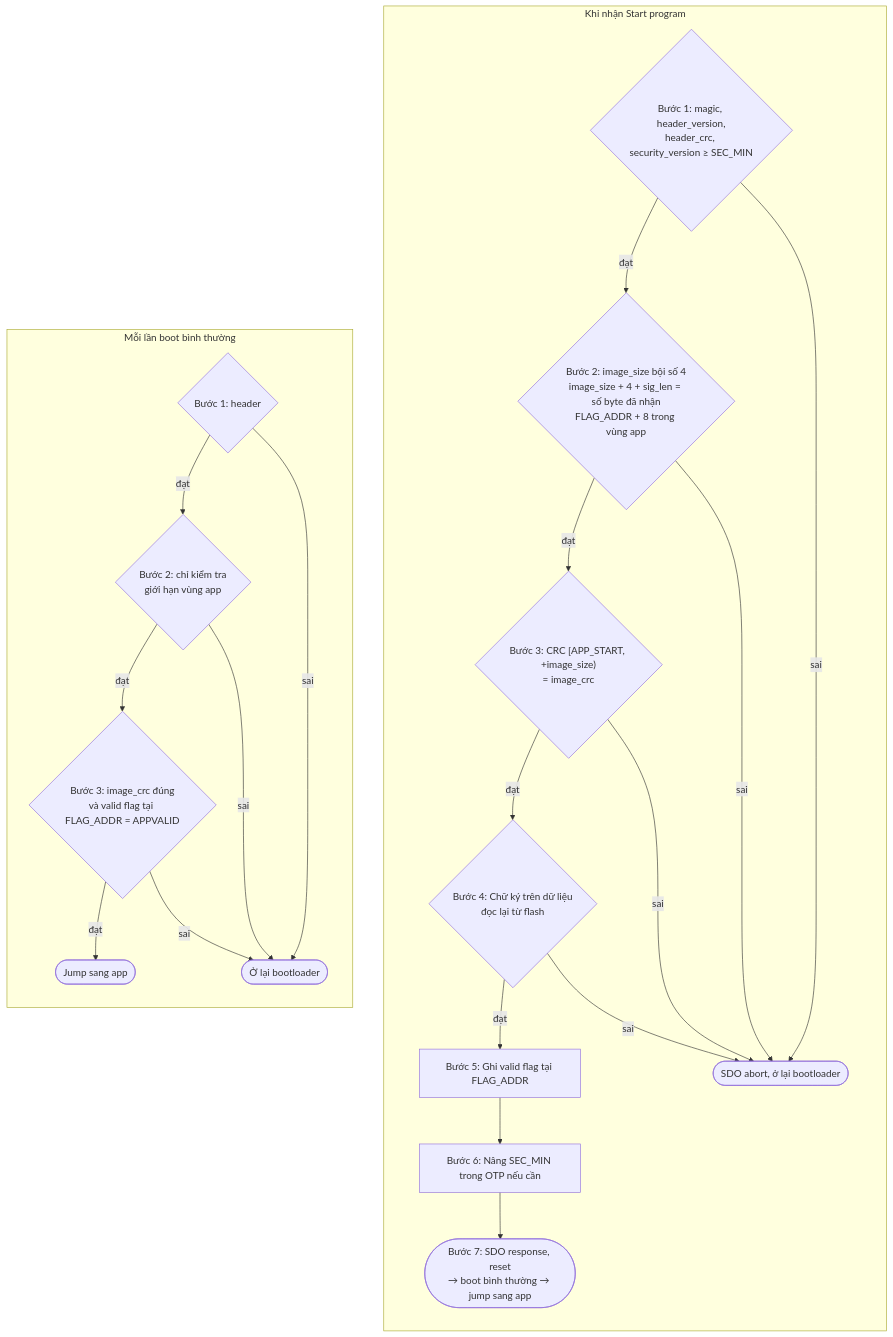
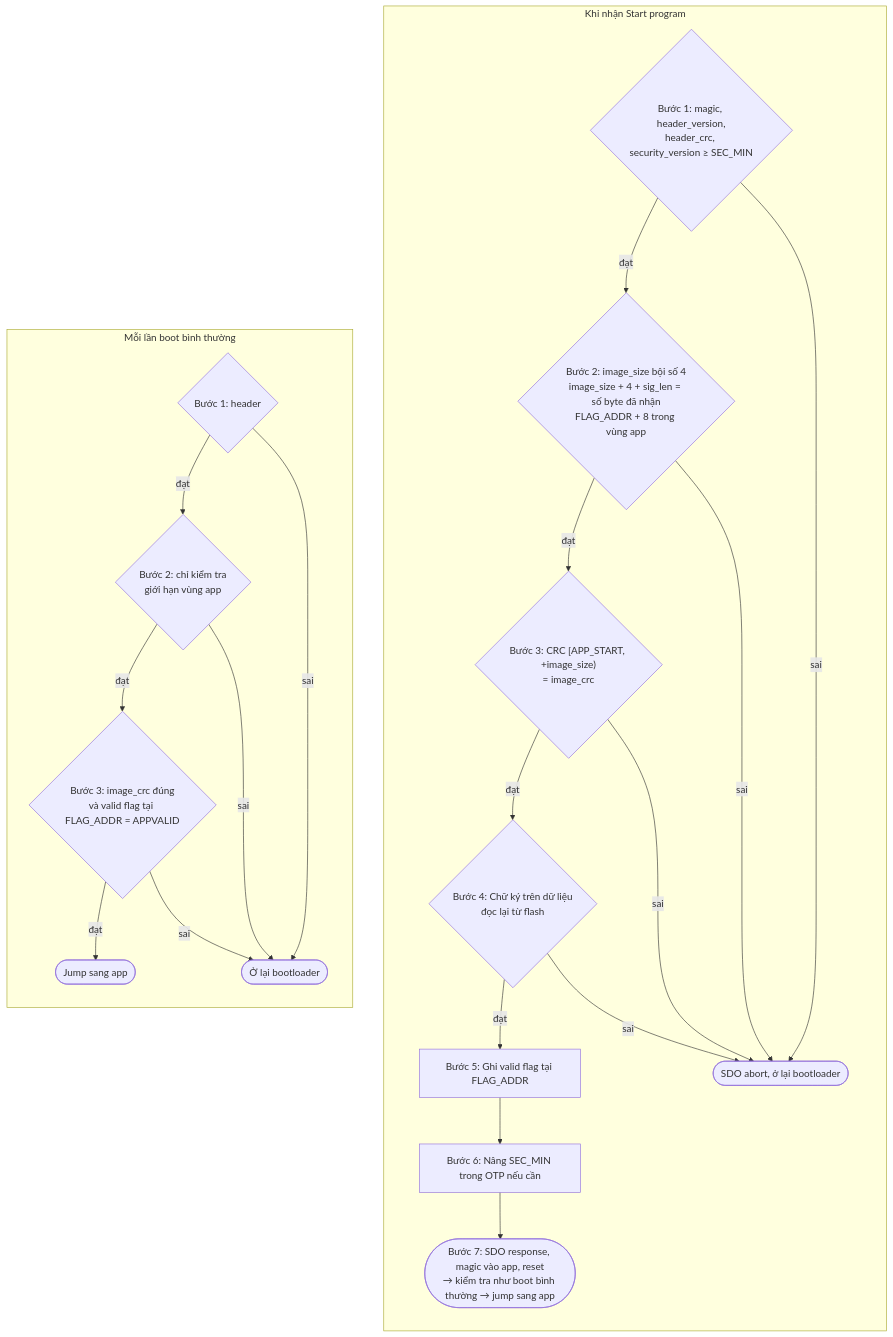
Before and after one commit to linh97abc/stm32_canopen_bootloader: the fifth of 5 diagrams in docs/design.md, drawn with Mermaid. The commit also changed other lines of this file and 5 other files, not shown here.

Commit message:
Thêm magic START_APP: sau Start vào thẳng app, bỏ qua cửa sổ cứu node

````diff
--- a/docs/design.md
+++ b/docs/design.md
@@ -423,21 +437,21 @@
 ```mermaid
 flowchart TD
     subgraph START["Khi nhận Start program"]
         direction TB
         S1{"Bước 1: magic, header_version,<br/>header_crc, security_version ≥ SEC_MIN"} -- đạt --> S2{"Bước 2: image_size bội số 4<br/>image_size + 4 + sig_len = số byte đã nhận<br/>FLAG_ADDR + 8 trong vùng app"}
         S2 -- đạt --> S3{"Bước 3: CRC [APP_START, +image_size)<br/>= image_crc"}
         S3 -- đạt --> S4{"Bước 4: Chữ ký trên dữ liệu<br/>đọc lại từ flash"}
         S4 -- đạt --> S5["Bước 5: Ghi valid flag tại FLAG_ADDR"]
         S5 --> S6["Bước 6: Nâng SEC_MIN trong OTP nếu cần"]
-        S6 --> S7(["Bước 7: SDO response, reset<br/>→ boot bình thường → jump sang app"])
+        S6 --> S7(["Bước 7: SDO response, magic vào app, reset<br/>→ kiểm tra như boot bình thường → jump sang app"])
         S1 & S2 & S3 & S4 -- sai --> SX([SDO abort, ở lại bootloader])
     end
 
     subgraph BOOT["Mỗi lần boot bình thường"]
         direction TB
         B1{"Bước 1: header"} -- đạt --> B2{"Bước 2: chỉ kiểm tra<br/>giới hạn vùng app"}
         B2 -- đạt --> B3{"Bước 3: image_crc đúng<br/>và valid flag tại FLAG_ADDR = APPVALID"}
         B3 -- đạt --> BJ([Jump sang app])
         B1 & B2 & B3 -- sai --> BS([Ở lại bootloader])
     end
 ```
````
